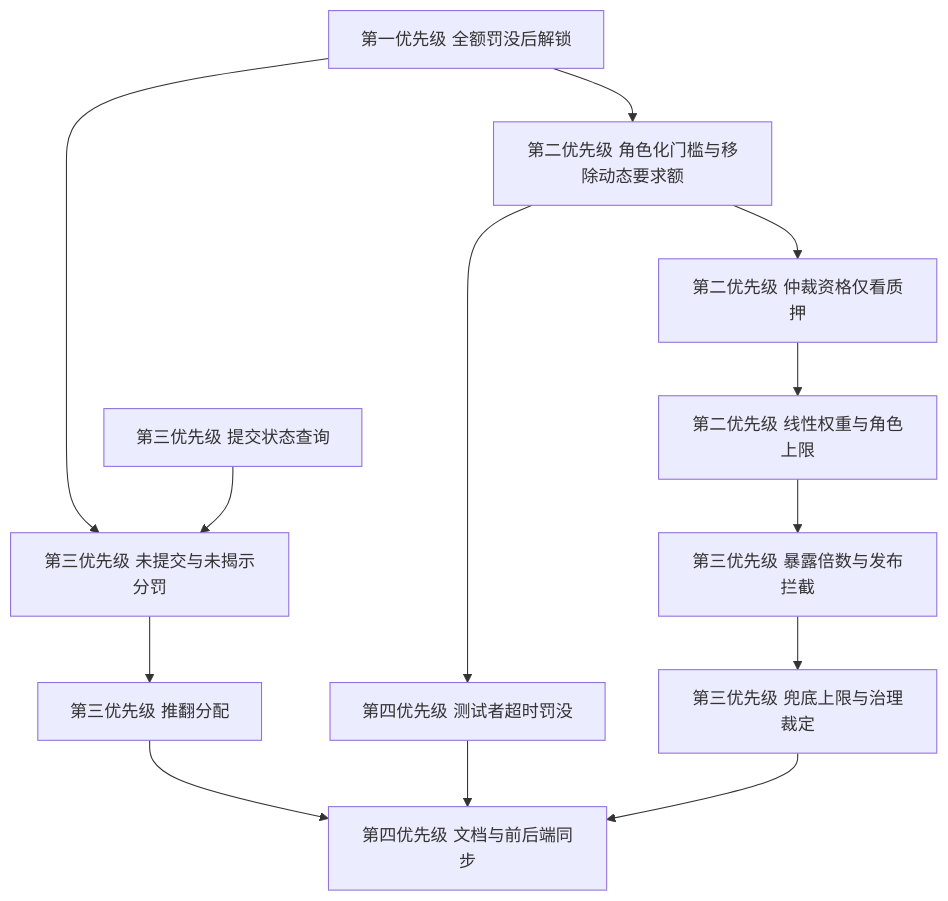
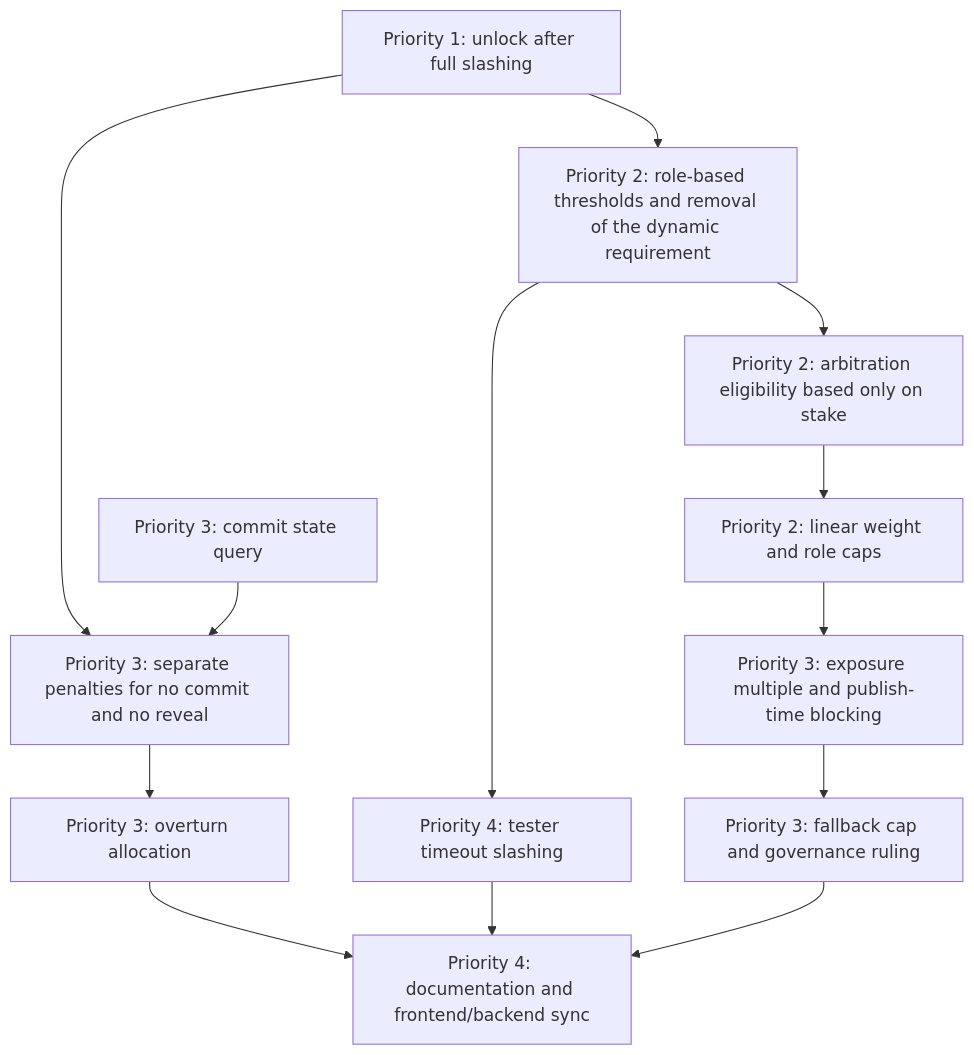
The diagram in docs/reference/03-STAKING-PENALTY-SPEC.md (agentsgot-stack/agentsgot-kit), drawn with Mermaid before and after one commit. The commit also changed other lines of this file and 13 other files, not shown here.

````diff
--- a/docs/reference/03-STAKING-PENALTY-SPEC.md
+++ b/docs/reference/03-STAKING-PENALTY-SPEC.md
@@ -586,27 +586,27 @@
 ```mermaid
 flowchart TD
-    fixUnlock[第一优先级 全额罚没后解锁]
-    roleStake[第二优先级 角色化门槛与移除动态要求额]
-    eligibility[第二优先级 仲裁资格仅看质押]
-    weights[第二优先级 线性权重与角色上限]
-    voting[第三优先级 提交状态查询]
-    penalties[第三优先级 未提交与未揭示分罚]
-    overturn[第三优先级 推翻分配]
-    cap[第三优先级 暴露倍数与发布拦截]
-    fallback[第三优先级 兜底上限与治理裁定]
-    tester[第四优先级 测试者超时罚没]
-    docs[第四优先级 文档与前后端同步]
+    fixUnlock[Priority 1: unlock after full slashing]
+    roleStake[Priority 2: role-based thresholds and removal of the dynamic requirement]
+    eligibility[Priority 2: arbitration eligibility based only on stake]
+    weights[Priority 2: linear weight and role caps]
+    voting[Priority 3: commit state query]
+    penalties[Priority 3: separate penalties for no commit and no reveal]
+    overturn[Priority 3: overturn allocation]
+    cap[Priority 3: exposure multiple and publish-time blocking]
+    fallback[Priority 3: fallback cap and governance ruling]
+    tester[Priority 4: tester timeout slashing]
+    docs[Priority 4: documentation and frontend/backend sync]
 
     fixUnlock --> roleStake
     roleStake --> eligibility
     eligibility --> weights
     weights --> cap
     cap --> fallback
     fixUnlock --> penalties
     voting --> penalties
     penalties --> overturn
     roleStake --> tester
     fallback --> docs
     overturn --> docs
     tester --> docs
 ```
````
